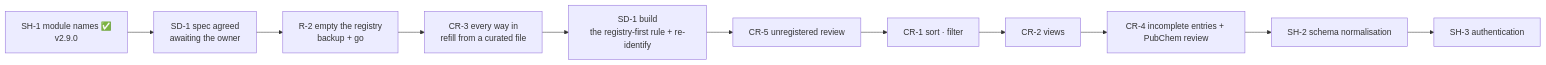
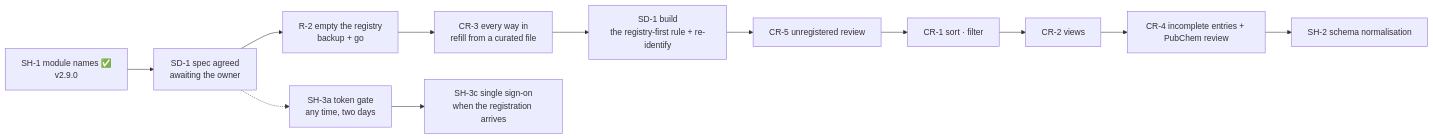
Before and after one commit to akannan2987/nr-nips-crucible: the diagram in docs/05-roadmap.md, drawn with Mermaid. The commit also changed other lines of this file and 13 other files, not shown here.

First line of the commit message:
Plan the login as a ladder, with single sign-on at the top

````diff
--- a/docs/05-roadmap.md
+++ b/docs/05-roadmap.md
@@ -190,11 +193,12 @@
 ```mermaid
 flowchart LR
     SH1["SH-1 module names ✅<br/>v2.9.0"] --> SD1s["SD-1 spec agreed<br/>awaiting the owner"]
     SD1s --> R2["R-2 empty the registry<br/>backup + go"]
     R2 --> CR3["CR-3 every way in<br/>refill from a curated file"]
     CR3 --> SD1["SD-1 build<br/>the registry-first rule + re-identify"]
     SD1 --> CR5["CR-5 unregistered review"]
     CR5 --> CR1["CR-1 sort · filter"] --> CR2["CR-2 views"]
     CR2 --> CR4["CR-4 incomplete entries + PubChem review"]
-    CR4 --> SH2["SH-2 schema normalisation"] --> SH3["SH-3 authentication"]
+    CR4 --> SH2["SH-2 schema normalisation"]
+    SD1s -.-> SH3a["SH-3a token gate<br/>any time, two days"] --> SH3c["SH-3c single sign-on<br/>when the registration arrives"]
 ```
````
